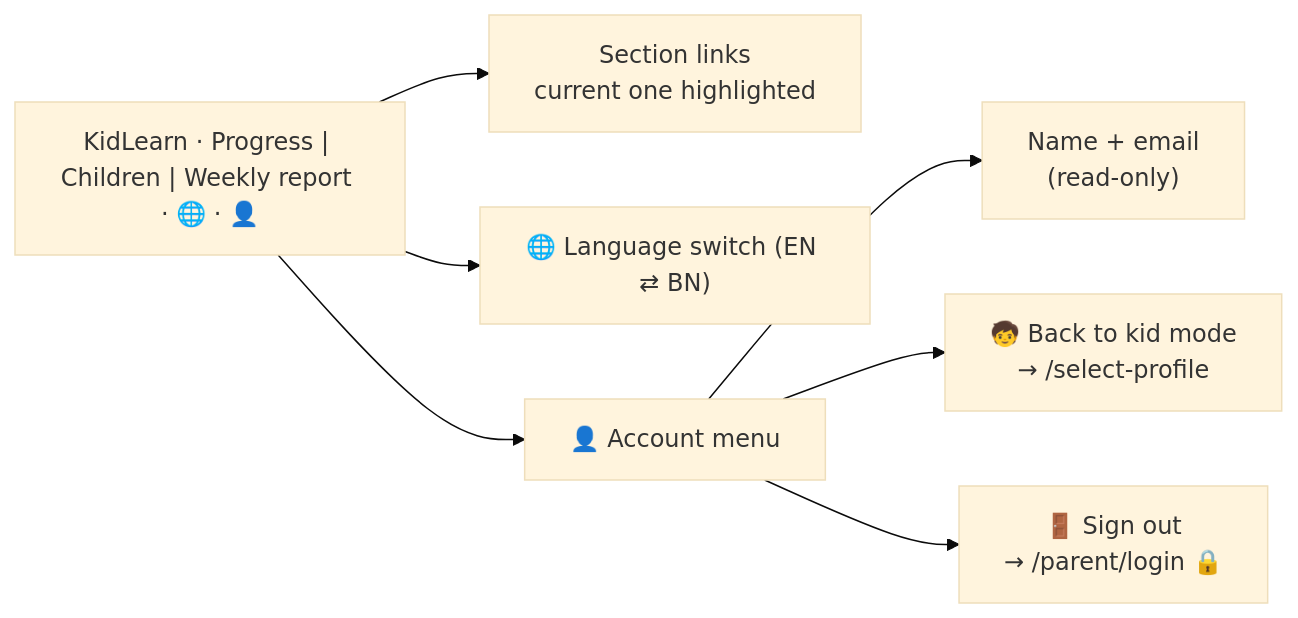
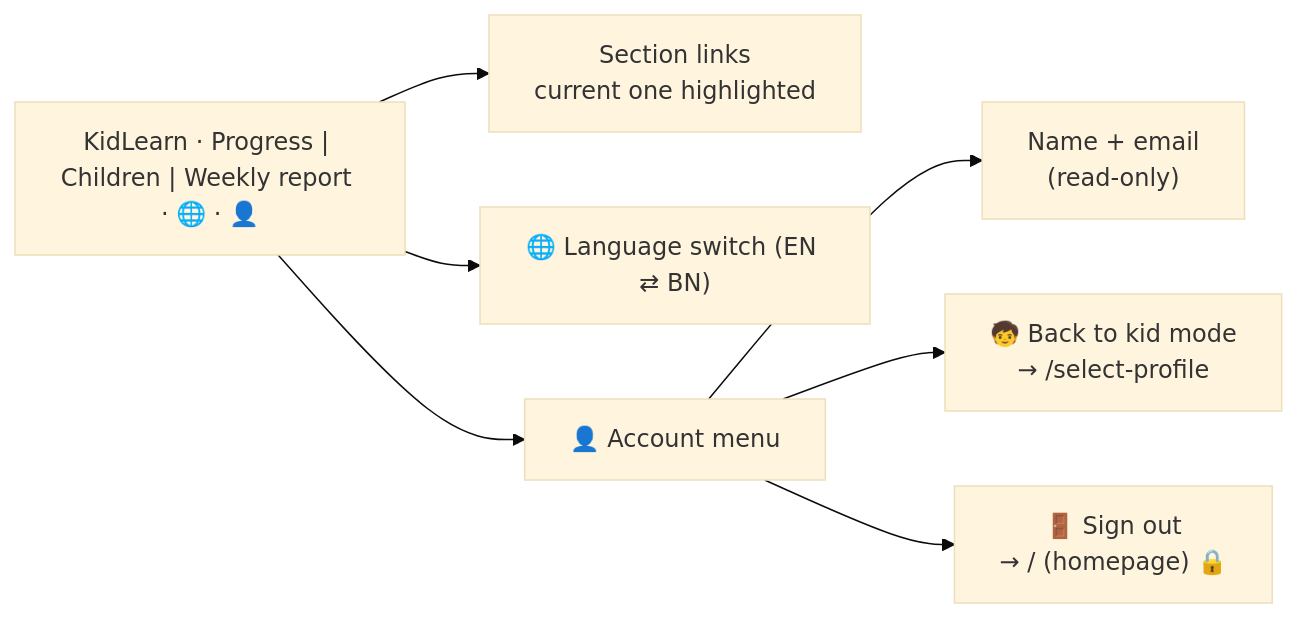
Diagram 17 of 28 in document/user-journey-manual.md (salmanbd100/kidlearn), drawn with Mermaid (base theme) before and after one commit. The commit also changed other lines of this file and 30 other files, not shown here.

````diff
--- a/document/user-journey-manual.md
+++ b/document/user-journey-manual.md
@@ -502,9 +502,9 @@
 ```mermaid
 flowchart LR
     Bar["KidLearn · Progress | Children | Weekly report · 🌐 · 👤"] --> Nav["Section links<br/>current one highlighted"]
     Bar --> Lang["🌐 Language switch (EN ⇄ BN)"]
     Bar --> Menu["👤 Account menu"]
     Menu --> Who["Name + email<br/>(read-only)"]
     Menu --> Kid["🧒 Back to kid mode<br/>→ /select-profile"]
-    Menu --> Out["🚪 Sign out<br/>→ /parent/login 🔒"]
+    Menu --> Out["🚪 Sign out<br/>→ / (homepage) 🔒"]
 ```
````
